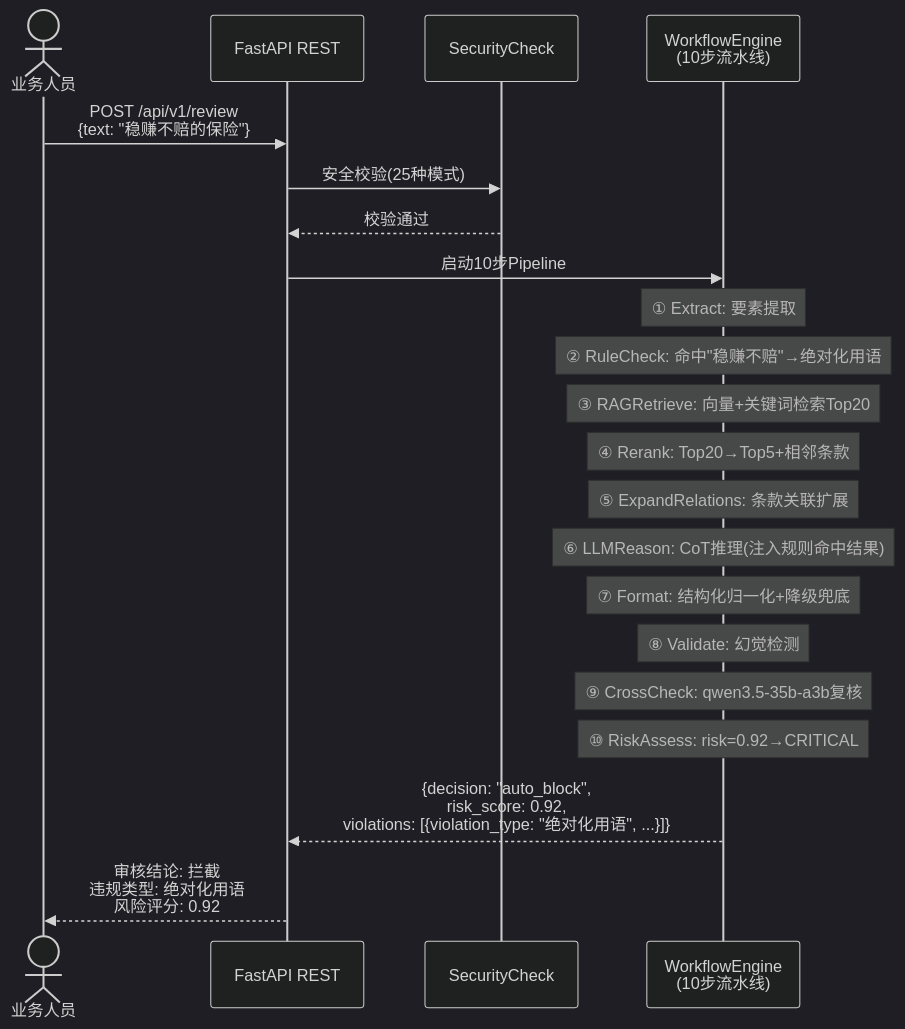
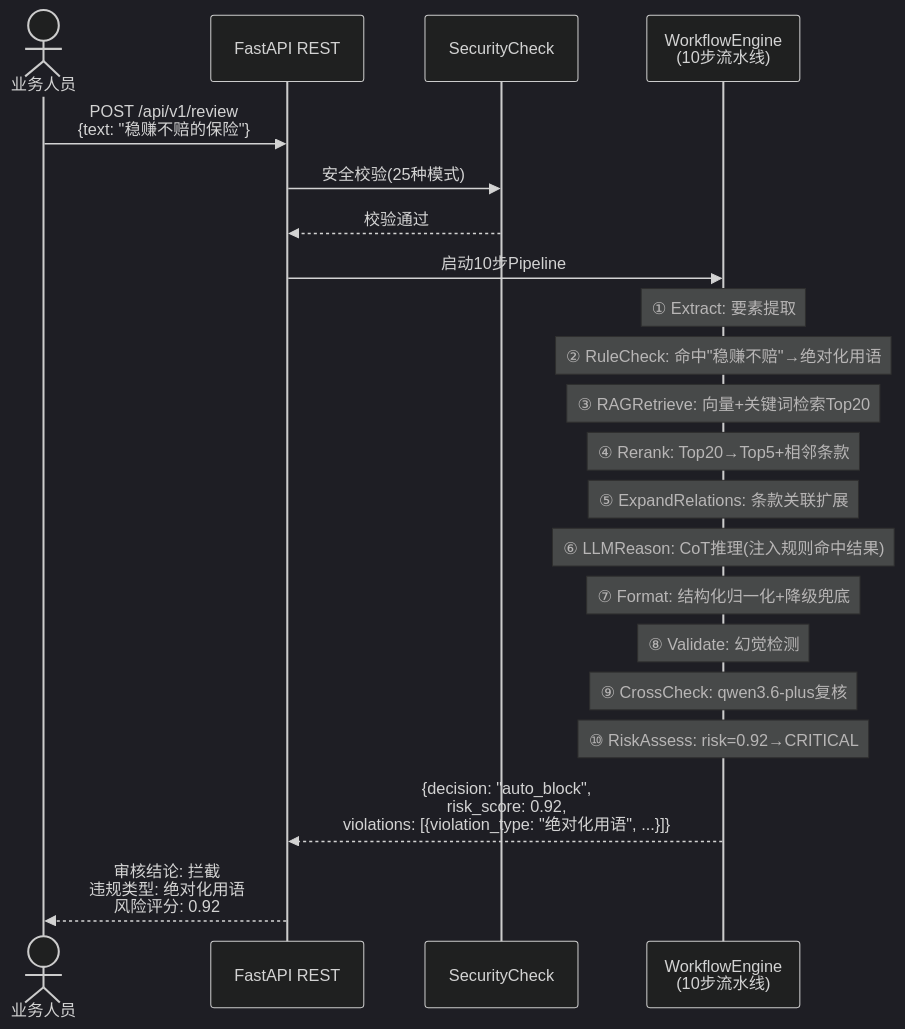
The tenth of 14 diagrams in docs/archive/architecture-overview.md (elaine2233/AI-Agent-RAG-for-complaince), drawn with Mermaid (dark theme) before and after one commit. The commit also changed other lines of this file and 9 other files, not shown here.

````diff
--- a/docs/archive/architecture-overview.md
+++ b/docs/archive/architecture-overview.md
@@ -719,26 +719,26 @@
 ```mermaid
 sequenceDiagram
     actor User as 业务人员
     participant API as FastAPI REST
     participant Sec as SecurityCheck
     participant WF as WorkflowEngine<br/>(10步流水线)
 
     User->>API: POST /api/v1/review<br/>{text: "稳赚不赔的保险"}
     API->>Sec: 安全校验(25种模式)
     Sec-->>API: 校验通过
     API->>WF: 启动10步Pipeline
 
     Note over WF: ① Extract: 要素提取
     Note over WF: ② RuleCheck: 命中"稳赚不赔"→绝对化用语
     Note over WF: ③ RAGRetrieve: 向量+关键词检索Top20
     Note over WF: ④ Rerank: Top20→Top5+相邻条款
     Note over WF: ⑤ ExpandRelations: 条款关联扩展
     Note over WF: ⑥ LLMReason: CoT推理(注入规则命中结果)
     Note over WF: ⑦ Format: 结构化归一化+降级兜底
     Note over WF: ⑧ Validate: 幻觉检测
-    Note over WF: ⑨ CrossCheck: qwen3.5-35b-a3b复核
+    Note over WF: ⑨ CrossCheck: qwen3.6-plus复核
     Note over WF: ⑩ RiskAssess: risk=0.92→CRITICAL
 
     WF-->>API: {decision: "auto_block",<br/>risk_score: 0.92,<br/>violations: [{violation_type: "绝对化用语", ...}]}
     API-->>User: 审核结论: 拦截<br/>违规类型: 绝对化用语<br/>风险评分: 0.92
 ```
````
